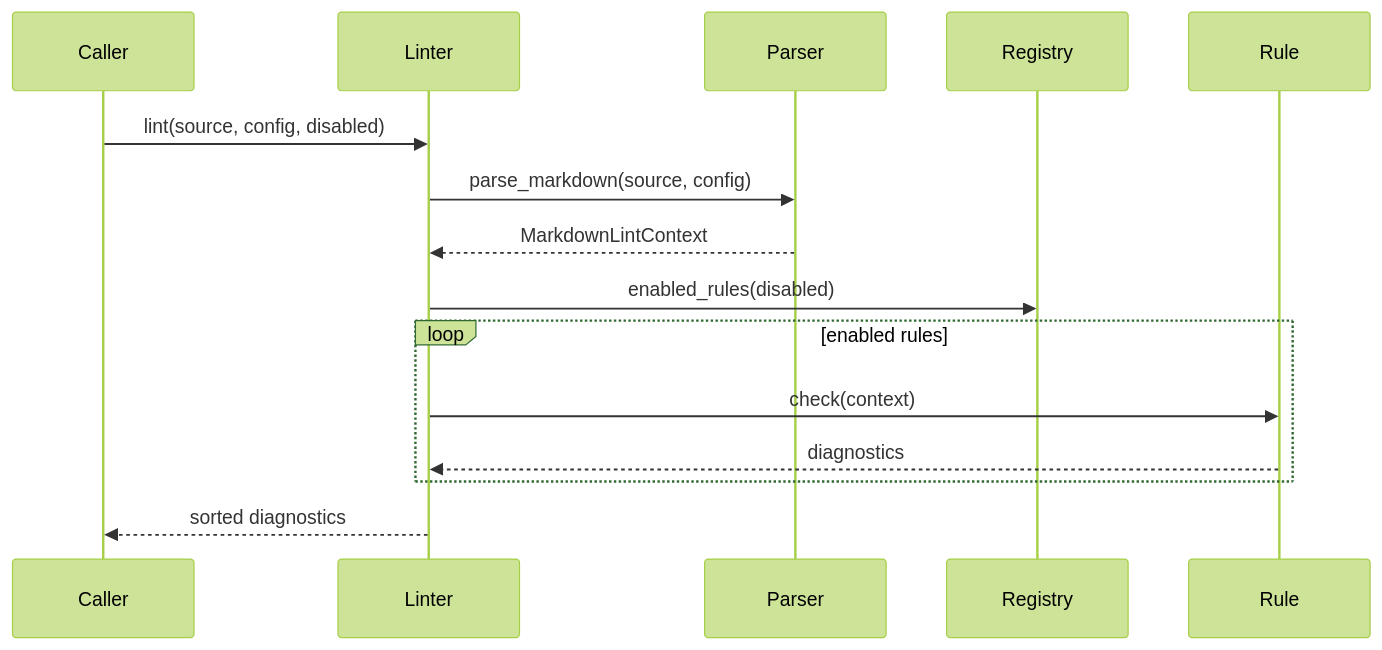
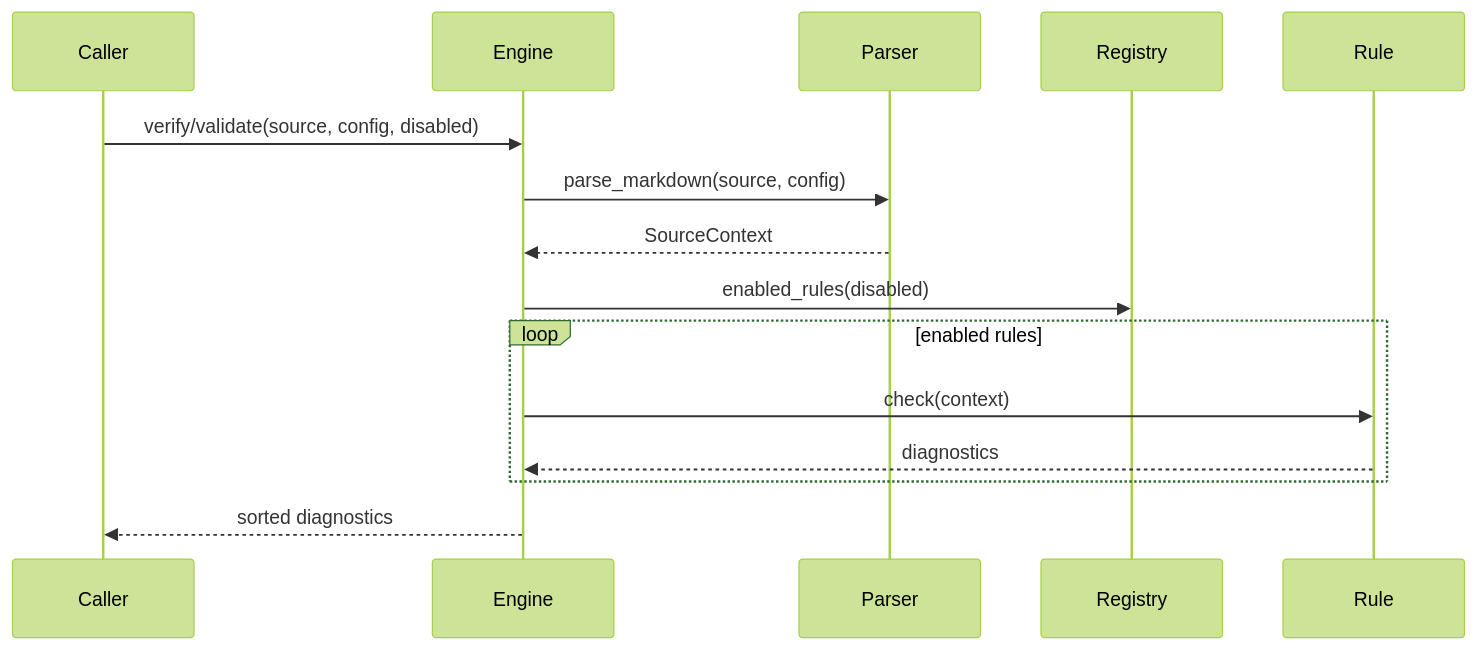
One commit to antoinebarre/mkforge changed the fifth of 6 diagrams in docs/SDD.md. Above: the diagram before and after it, drawn with Mermaid (forest theme). The commit also changed other lines of this file and 130 other files, not shown here.

````diff
--- a/docs/SDD.md
+++ b/docs/SDD.md
@@ -445,18 +446,18 @@
 ```mermaid
 sequenceDiagram
     participant Caller
-    participant Linter
+    participant Engine
     participant Parser
     participant Registry
     participant Rule
 
-    Caller->>Linter: lint(source, config, disabled)
-    Linter->>Parser: parse_markdown(source, config)
-    Parser-->>Linter: MarkdownLintContext
-    Linter->>Registry: enabled_rules(disabled)
+    Caller->>Engine: verify/validate(source, config, disabled)
+    Engine->>Parser: parse_markdown(source, config)
+    Parser-->>Engine: SourceContext
+    Engine->>Registry: enabled_rules(disabled)
     loop enabled rules
-        Linter->>Rule: check(context)
-        Rule-->>Linter: diagnostics
+        Engine->>Rule: check(context)
+        Rule-->>Engine: diagnostics
     end
-    Linter-->>Caller: sorted diagnostics
+    Engine-->>Caller: sorted diagnostics
 ```
````
